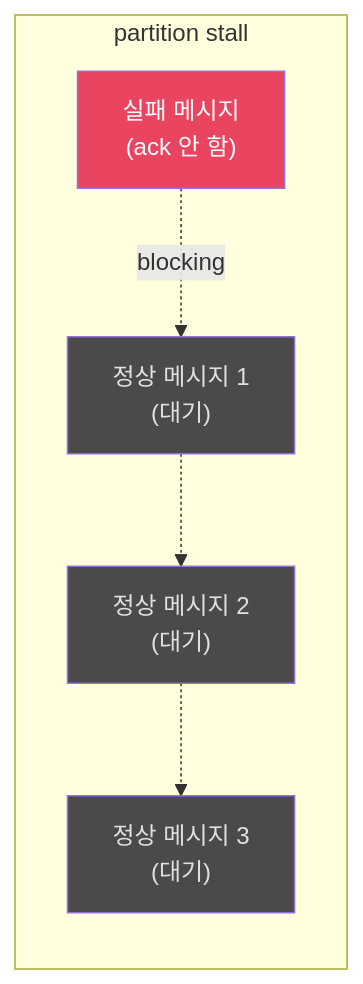
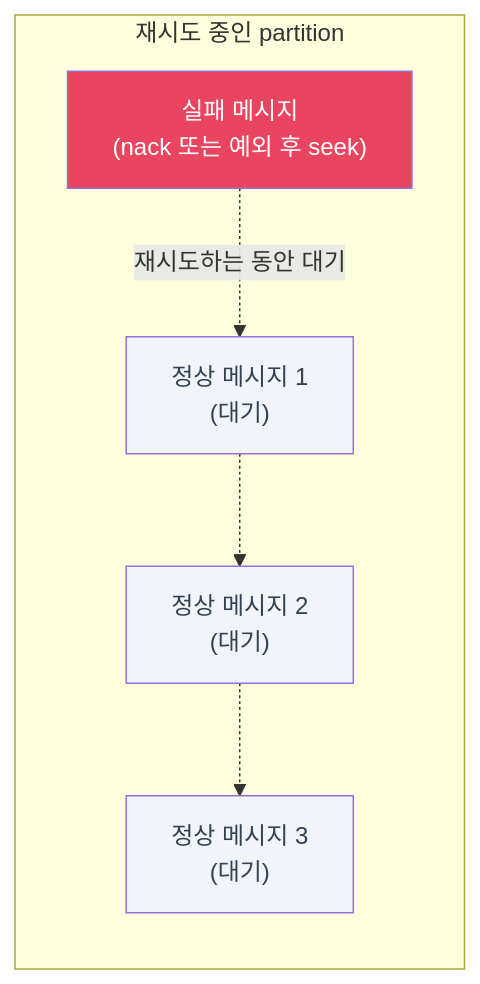
The fourth of 4 diagrams in contents/posts/e-commerce/technical-writing/week4/index.md (hyungkishin/hyungkishin.github.io), drawn with Mermaid before and after one commit. The commit also changed other lines of this file and 78 other files, not shown here.

````diff
--- a/contents/posts/e-commerce/technical-writing/week4/index.md
+++ b/contents/posts/e-commerce/technical-writing/week4/index.md
@@ -268,16 +275,16 @@
 ```mermaid
 flowchart LR
-    subgraph stall["partition stall"]
+    subgraph stall["재시도 중인 partition"]
         direction TB
-        msg1["실패 메시지<br/>(ack 안 함)"]
+        msg1["실패 메시지<br/>(nack 또는 예외 후 seek)"]
         msg2["정상 메시지 1<br/>(대기)"]
         msg3["정상 메시지 2<br/>(대기)"]
         msg4["정상 메시지 3<br/>(대기)"]
-        msg1 -.->|"blocking"| msg2 -.-> msg3 -.-> msg4
+        msg1 -.->|"재시도하는 동안 대기"| msg2 -.-> msg3 -.-> msg4
     end
 
     style msg1 fill:#e94560,color:#ffffff
-    style msg2 fill:#4a4a4a,color:#e0e0e0
-    style msg3 fill:#4a4a4a,color:#e0e0e0
-    style msg4 fill:#4a4a4a,color:#e0e0e0
+    style msg2 fill:#f1f5f9,color:#334155
+    style msg3 fill:#f1f5f9,color:#334155
+    style msg4 fill:#f1f5f9,color:#334155
 ```
````
